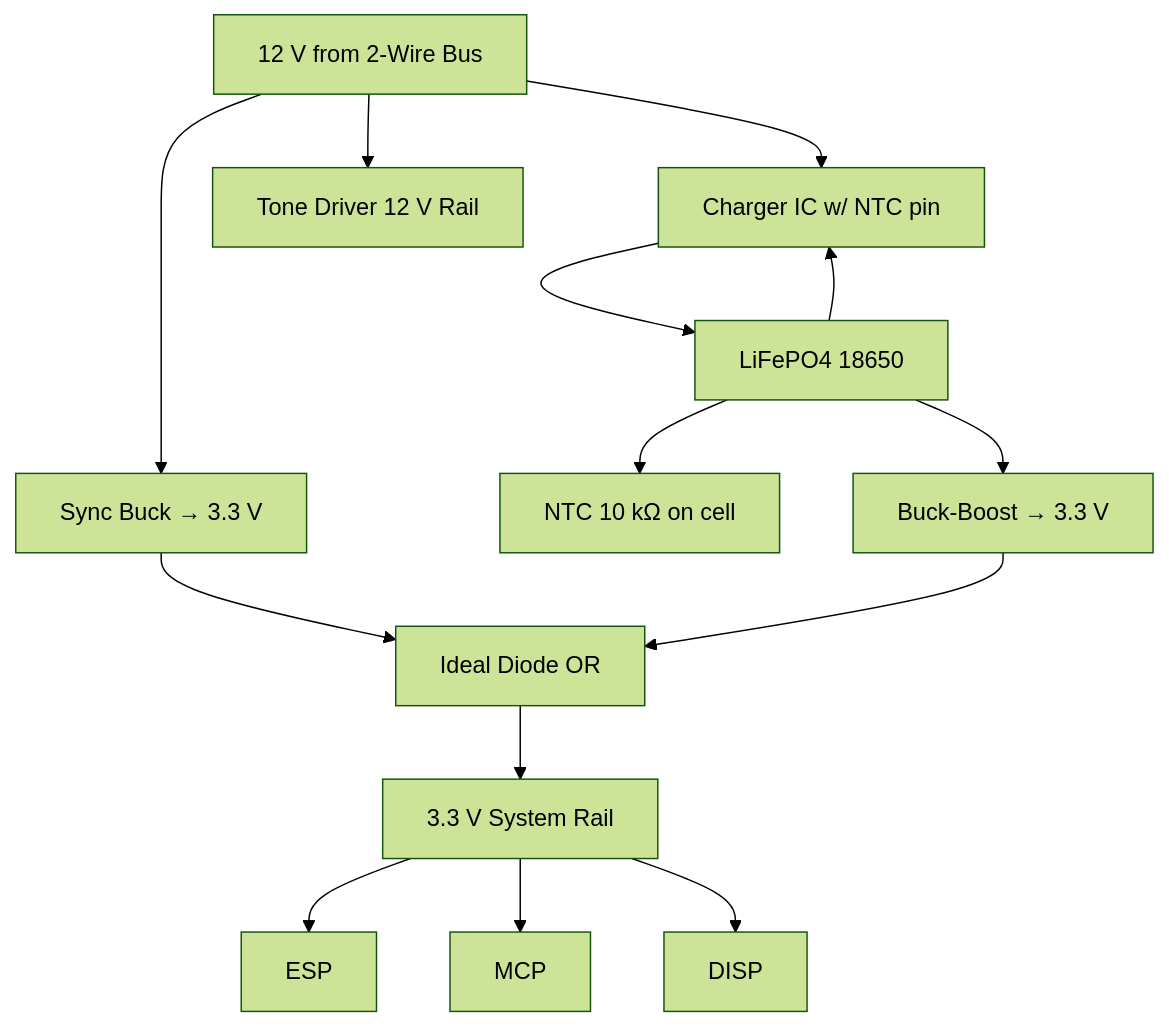
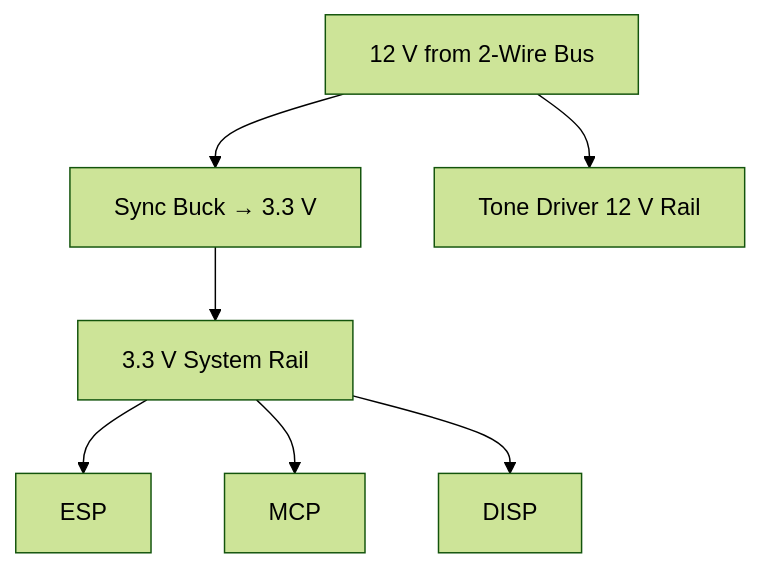
The fourth of 5 diagrams in DESIGN.md (greydigger/thermostat), drawn with Mermaid (forest theme) before and after one commit. The commit also changed other lines of this file, not shown here.

First line of the commit message:
docs: revise design — 6 zones, bus-only, I/Q detector, 15–30s latch, knob display

````diff
--- a/DESIGN.md
+++ b/DESIGN.md
@@ -505,14 +529,7 @@
 ```mermaid
 flowchart TB
     BUS12["12 V from 2-Wire Bus"] --> BUCK["Sync Buck → 3.3 V"]
-    CELL["LiFePO4 18650"] --> NTC["NTC 10 kΩ on cell"]
-    CELL --> CHG["Charger IC w/ NTC pin"]
-    BUS12 --> CHG
-    CHG --> CELL
-    CELL --> BB["Buck-Boost → 3.3 V"]
-    BUCK --> ORING["Ideal Diode OR"]
-    BB --> ORING
-    ORING --> R33["3.3 V System Rail"]
+    BUCK --> R33["3.3 V System Rail"]
     R33 --> ESP & MCP & DISP
     BUS12 --> TONEPWR["Tone Driver 12 V Rail"]
 ```
````
